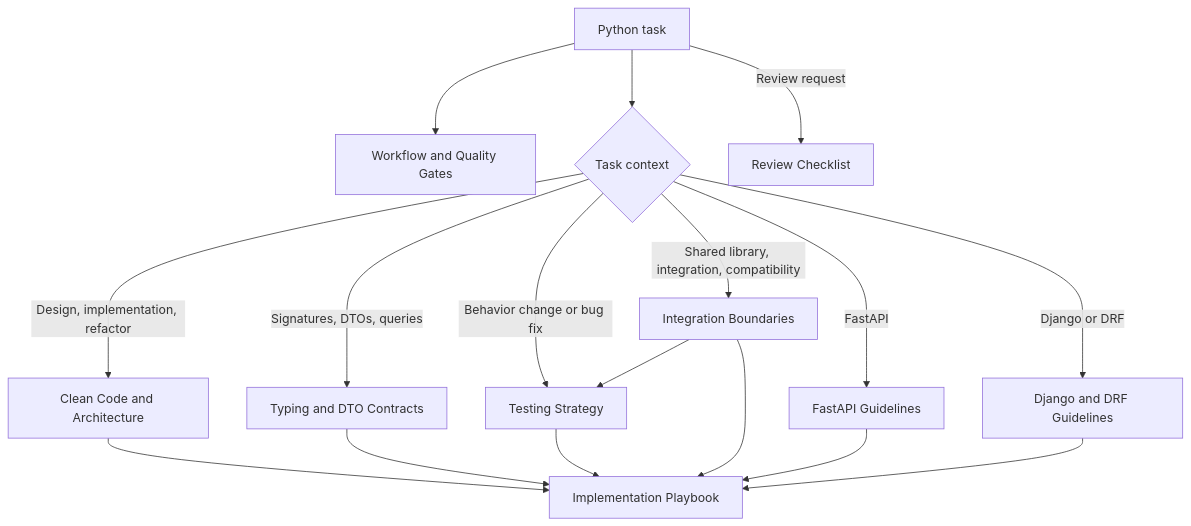
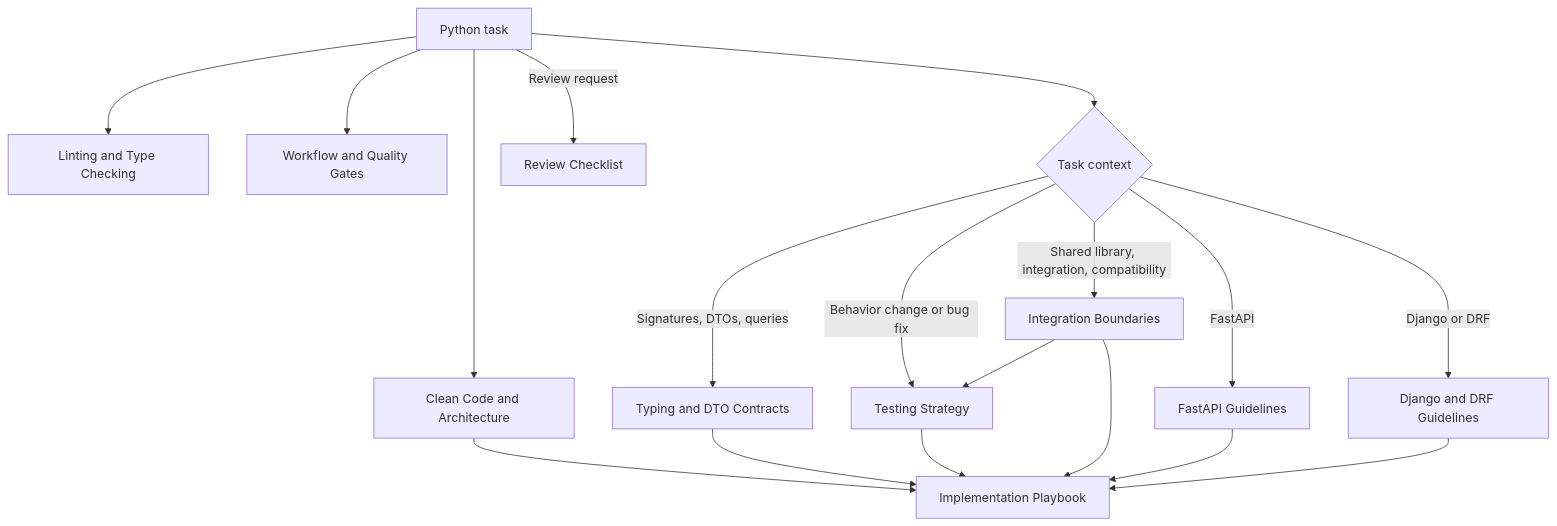
One commit to allexandrsokollov/main_obsidian_vault changed the diagram in 00 Maps/Python Guidelines Context Map.md. Above: the diagram before and after it, drawn with Mermaid. The commit also changed other lines of this file and 4 other files, not shown here.

Commit message:
Update Python guidance routing and linting baseline

````diff
--- a/00 Maps/Python Guidelines Context Map.md
+++ b/00 Maps/Python Guidelines Context Map.md
@@ -23,19 +25,20 @@
 ```mermaid
 flowchart TD
-    A["Python task"] --> W["Workflow and Quality Gates"]
+    A["Python task"] --> C["Clean Code and Architecture"]
+    A --> L["Linting and Type Checking"]
+    A --> W["Workflow and Quality Gates"]
     A --> T{"Task context"}
-    T -->|"Design, implementation, refactor"| C["Clean Code and Architecture"]
     T -->|"Signatures, DTOs, queries"| Y["Typing and DTO Contracts"]
     T -->|"Behavior change or bug fix"| X["Testing Strategy"]
     T -->|"Shared library, integration, compatibility"| B["Integration Boundaries"]
     T -->|"FastAPI"| F["FastAPI Guidelines"]
     T -->|"Django or DRF"| D["Django and DRF Guidelines"]
     C --> I["Implementation Playbook"]
     Y --> I
     X --> I
     B --> I
     B --> X
     F --> I
     D --> I
     A -->|"Review request"| R["Review Checklist"]
 ```
````
